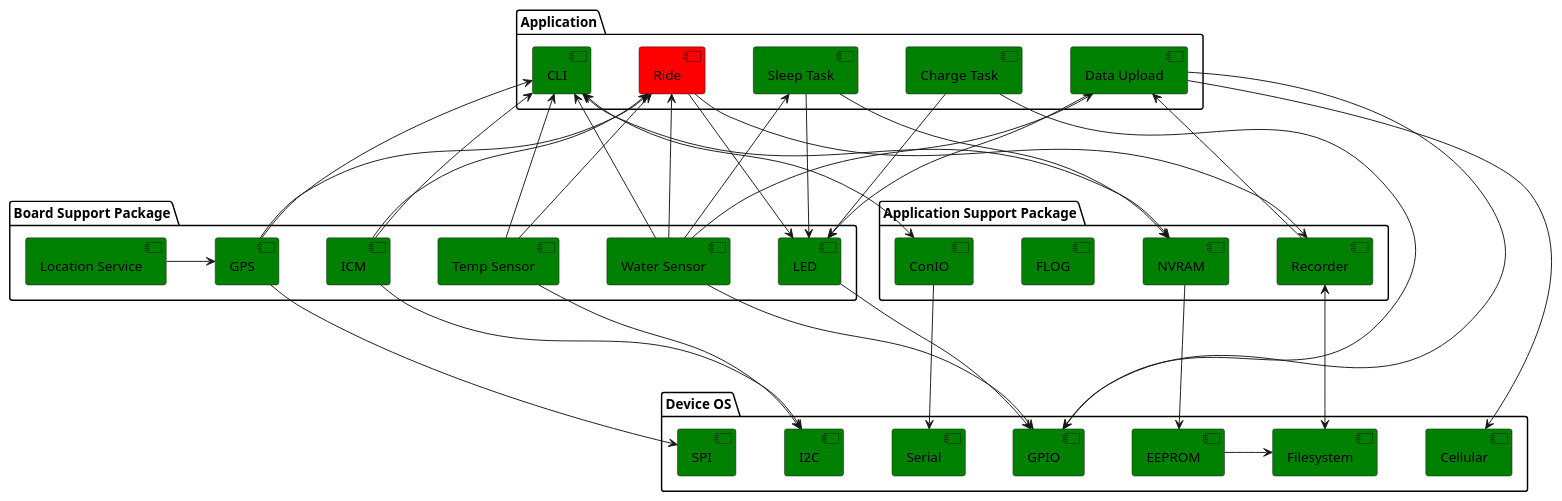
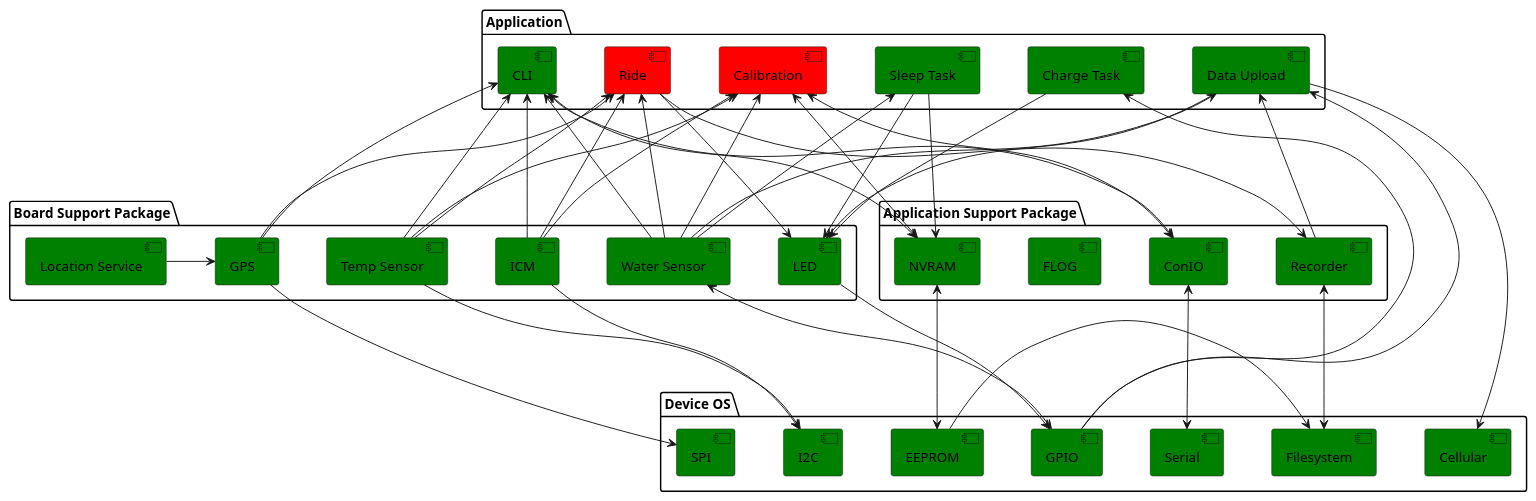
Before and after one commit to UCSD-E4E/smartfin-fw3: the diagram in docs/application.puml, drawn with PlantUML.

Commit message:
fix: adds arrows, calibration

```diff
--- a/docs/application.puml
+++ b/docs/application.puml
@@ -4,87 +4,94 @@
 @startuml Service Diagram
 top to bottom direction
 
 skinparam nodesep 50
 skinparam ranksep 150
 
 package "Device OS" {
     [Cellular] as cellular #Green
     [I2C] as i2c #Green
     [Serial] as serial #Green
     [Filesystem] as fs #Green
     [SPI] as spi #Green
     [GPIO] as gpio #Green
     [EEPROM] as eeprom #Green
 }
 
 
 package "Application" {
     [CLI] as cli #Green
     [Ride] as ride #Red
     [Charge Task] as charge_task #Green
     [Sleep Task] as sleep_task #Green
     [Data Upload] as upload #Green
+    [Calibration] as calibrate #Red
 }
 
 package "Board Support Package" {
     [Temp Sensor] as temp_sensor #Green
-    [Water Sensor] as water_sensor #Green
+    [ICM] as icm #Green
     [Location Service] as loc_service #Green
     [GPS] as gps #Green
+    [Water Sensor] as water_sensor #Green
     [LED] as led #Green
-    [ICM] as icm #Green
 }
 
 package "Application Support Package" {
     [ConIO] as conio #Green
     [Recorder] as recorder #Green
     [FLOG] as flog #Green
     [NVRAM] as nvram #Green
 }
 
 ride <-- temp_sensor
 ride <-- gps
 ride <-- icm
 ride --> recorder
 ' ride -r-> flog
 ride <-- water_sensor
 loc_service -r-> gps
 charge_task --> led
 ' charge_task -r-> flog
 sleep_task --> led
 sleep_task --> nvram
 ' sleep_task -r-> flog
 
 cli <-- gps
 cli <-- temp_sensor
 cli <--> conio
 ' cli -r-> flog
 cli <-- icm
 cli <--> nvram
 cli <-- water_sensor
 
 gps --> spi
 icm --> i2c
 temp_sensor --> i2c
-conio --> serial
+conio <--> serial
 recorder <--> fs
 
-water_sensor --> gpio
+water_sensor <--> gpio
 led --> gpio
 ride --> led
-nvram --> eeprom
+nvram <--> eeprom
 eeprom -> fs
 upload <-- recorder
 upload --> cellular
 upload <-- water_sensor
 upload --> led
-charge_task --> gpio
-upload --> gpio
+charge_task <-- gpio
+upload <-- gpio
 sleep_task <-- water_sensor
+
+calibrate <-- temp_sensor
+calibrate <-- icm
+calibrate <-- water_sensor
+calibrate <--> nvram
+calibrate <--> conio
 ' recorder -u-> flog
 ' conio -u-> flog
 ' gps -u-> flog
 ' icm -u-> flog
 ' water_sensor -u-> flog
 ' temp_sensor -u-> flog
 @enduml
```
